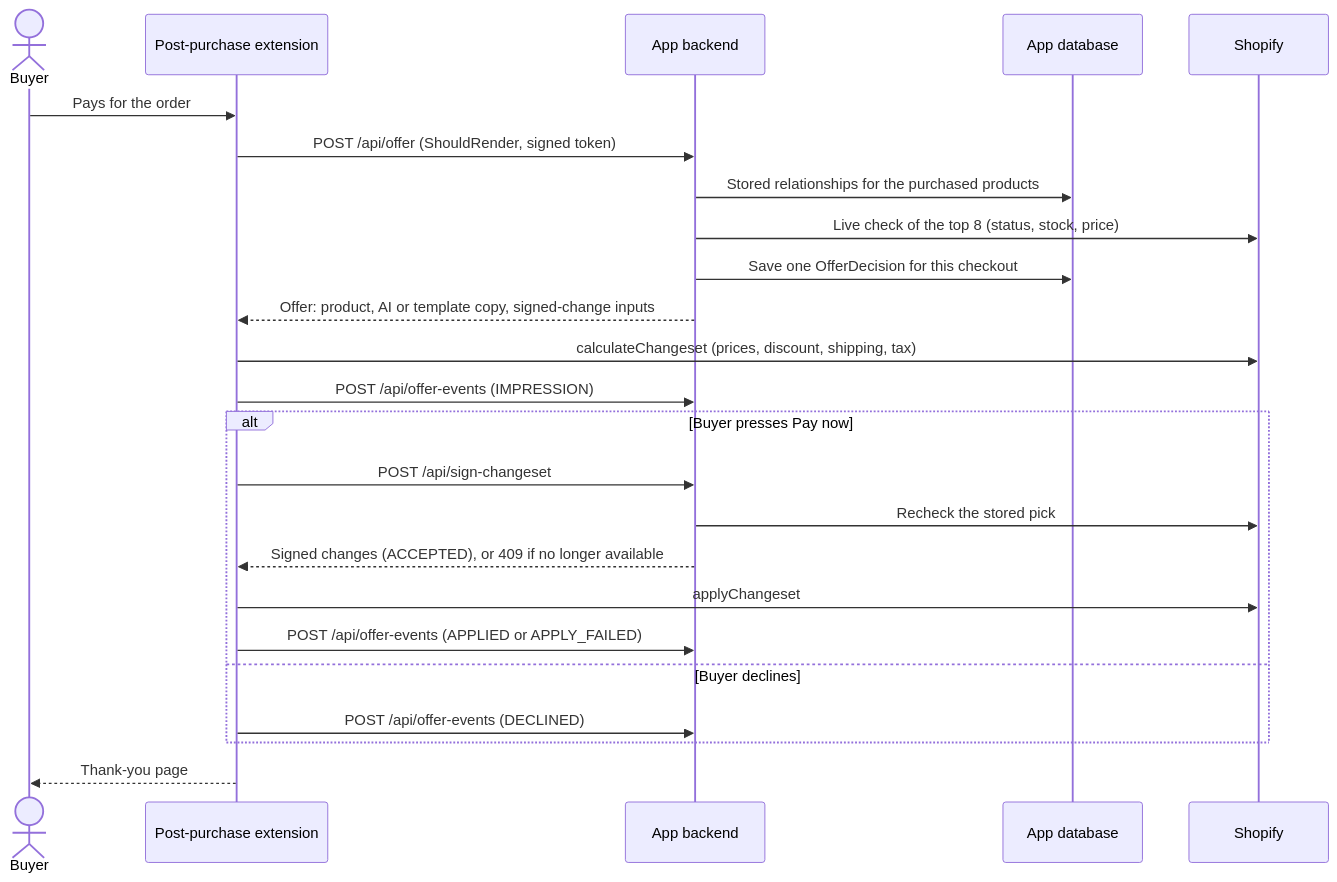
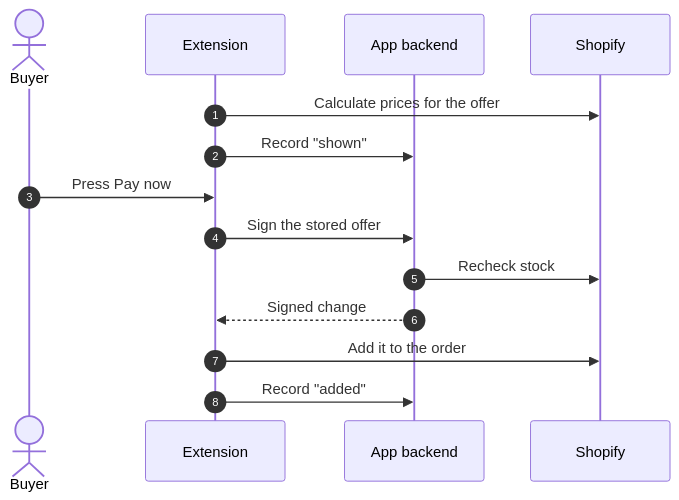
One commit to UribeJr/ai-checkout-upsell changed the third of 4 diagrams in docs/architecture.md. Above: the diagram before and after it, drawn with Mermaid. The commit also changed other lines of this file and 1 other file, not shown here.

First line of the commit message:
Split the checkout diagram into two readable steps

````diff
--- a/docs/architecture.md
+++ b/docs/architecture.md
@@ -40,30 +76,20 @@
 ```mermaid
 sequenceDiagram
-    accTitle: Checkout offer sequence
-    accDescr: The extension asks the backend for an offer during payment. The backend decides once per checkout from stored relationships and a live Shopify check, then the extension shows Shopify-calculated prices. On accept, the backend rechecks and signs the stored pick, and Shopify applies it. Each step records an offer event.
+    accTitle: Accepting the offer on the post-purchase page
+    accDescr: Shopify calculates the prices shown on the offer page. When the buyer presses Pay now, the backend rechecks and signs the stored offer, and Shopify adds it to the order. The backend records each step for Analytics.
 
+    autonumber
     actor Buyer
-    participant Ext as Post-purchase extension
+    participant Ext as Extension
     participant App as App backend
-    participant DB as App database
     participant Shop as Shopify
 
-    Buyer->>Ext: Pays for the order
-    Ext->>App: POST /api/offer (ShouldRender, signed token)
-    App->>DB: Stored relationships for the purchased products
-    App->>Shop: Live check of the top 8 (status, stock, price)
-    App->>DB: Save one OfferDecision for this checkout
-    App-->>Ext: Offer: product, AI or template copy, signed-change inputs
-    Ext->>Shop: calculateChangeset (prices, discount, shipping, tax)
-    Ext->>App: POST /api/offer-events (IMPRESSION)
-    alt Buyer presses Pay now
-        Ext->>App: POST /api/sign-changeset
-        App->>Shop: Recheck the stored pick
-        App-->>Ext: Signed changes (ACCEPTED), or 409 if no longer available
-        Ext->>Shop: applyChangeset
-        Ext->>App: POST /api/offer-events (APPLIED or APPLY_FAILED)
-    else Buyer declines
-        Ext->>App: POST /api/offer-events (DECLINED)
-    end
-    Ext-->>Buyer: Thank-you page
+    Ext->>Shop: Calculate prices for the offer
+    Ext->>App: Record "shown"
+    Buyer->>Ext: Press Pay now
+    Ext->>App: Sign the stored offer
+    App->>Shop: Recheck stock
+    App-->>Ext: Signed change
+    Ext->>Shop: Add it to the order
+    Ext->>App: Record "added"
 ```
````
